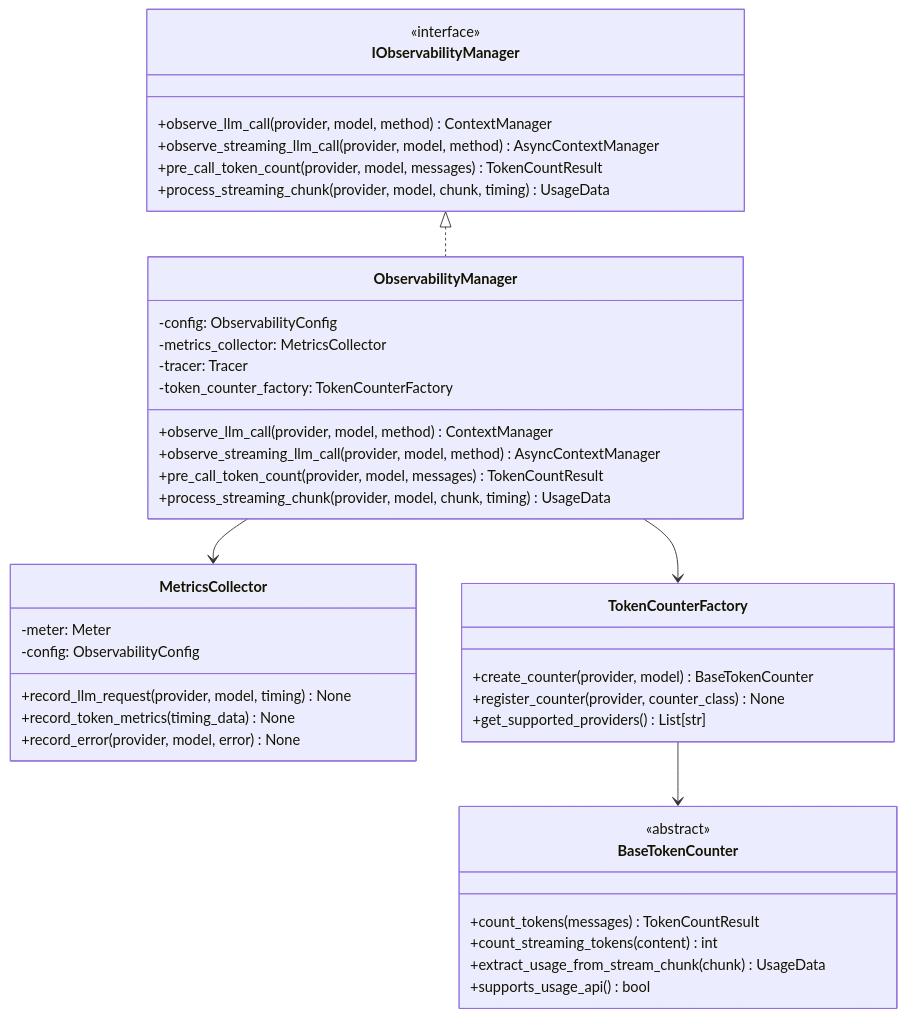
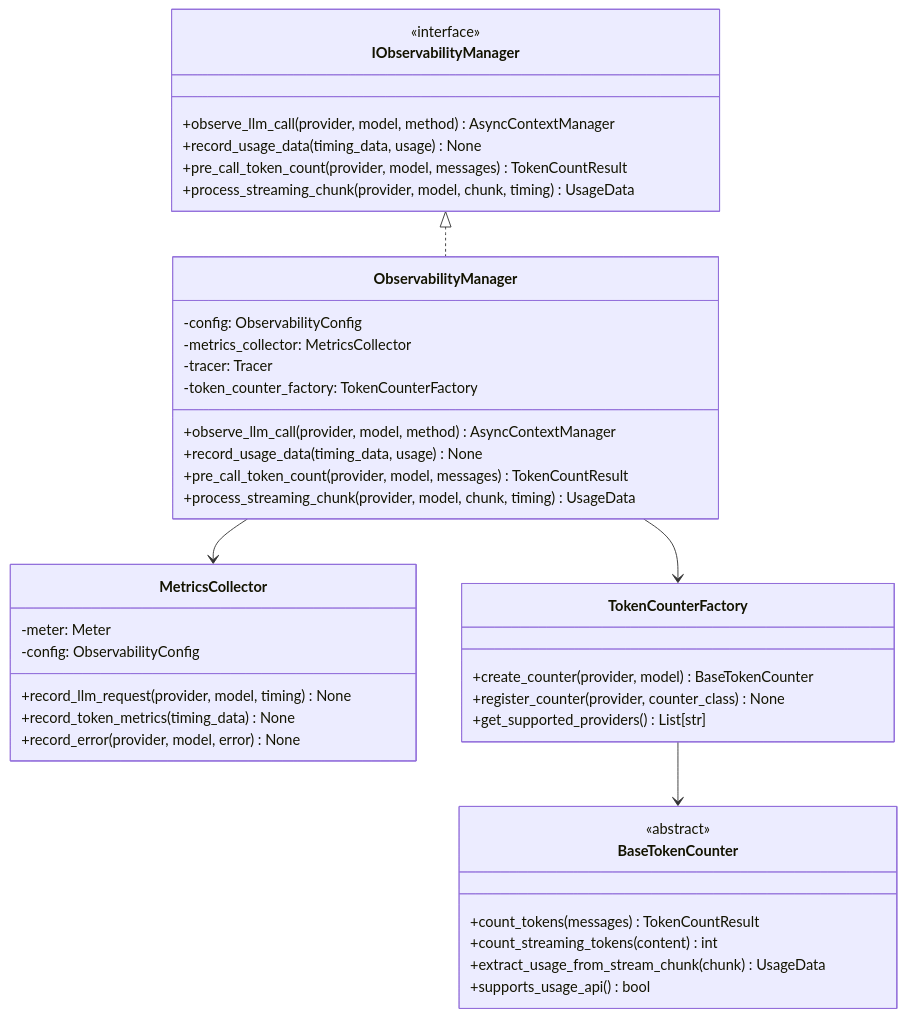
Before and after one commit to nimunzn/arshai: the ninth of 9 diagrams in docs/technical/architecture.md, drawn with Mermaid. The commit also changed other lines of this file and 4 other files, not shown here.

First line of the commit message:
docs: Comprehensive documentation updates for LLM architecture and usage

````diff
--- a/docs/technical/architecture.md
+++ b/docs/technical/architecture.md
@@ -599,48 +599,48 @@
 ```mermaid
 classDiagram
     class IObservabilityManager {
         <<interface>>
-        +observe_llm_call(provider, model, method) ContextManager
-        +observe_streaming_llm_call(provider, model, method) AsyncContextManager
+        +observe_llm_call(provider, model, method) AsyncContextManager
+        +record_usage_data(timing_data, usage) None
         +pre_call_token_count(provider, model, messages) TokenCountResult
         +process_streaming_chunk(provider, model, chunk, timing) UsageData
     }
     
     class ObservabilityManager {
         -config: ObservabilityConfig
         -metrics_collector: MetricsCollector
         -tracer: Tracer
         -token_counter_factory: TokenCounterFactory
-        +observe_llm_call(provider, model, method) ContextManager
-        +observe_streaming_llm_call(provider, model, method) AsyncContextManager
+        +observe_llm_call(provider, model, method) AsyncContextManager
+        +record_usage_data(timing_data, usage) None
         +pre_call_token_count(provider, model, messages) TokenCountResult
         +process_streaming_chunk(provider, model, chunk, timing) UsageData
     }
     
     class MetricsCollector {
         -meter: Meter
         -config: ObservabilityConfig
         +record_llm_request(provider, model, timing) None
         +record_token_metrics(timing_data) None
         +record_error(provider, model, error) None
     }
     
     class TokenCounterFactory {
         +create_counter(provider, model) BaseTokenCounter
         +register_counter(provider, counter_class) None
         +get_supported_providers() List[str]
     }
     
     class BaseTokenCounter {
         <<abstract>>
         +count_tokens(messages) TokenCountResult
         +count_streaming_tokens(content) int
         +extract_usage_from_stream_chunk(chunk) UsageData
         +supports_usage_api() bool
     }
     
     IObservabilityManager <|.. ObservabilityManager
     ObservabilityManager --> MetricsCollector
     ObservabilityManager --> TokenCounterFactory
     TokenCounterFactory --> BaseTokenCounter
 ```
````
